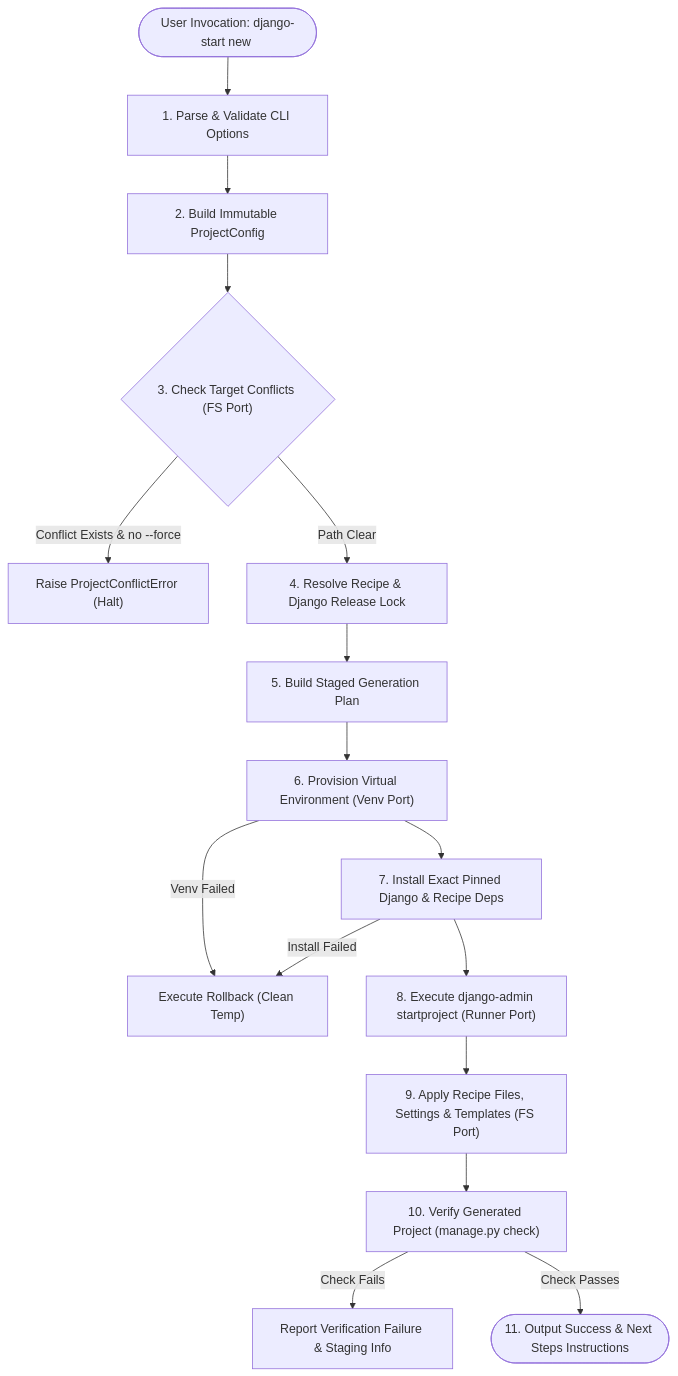
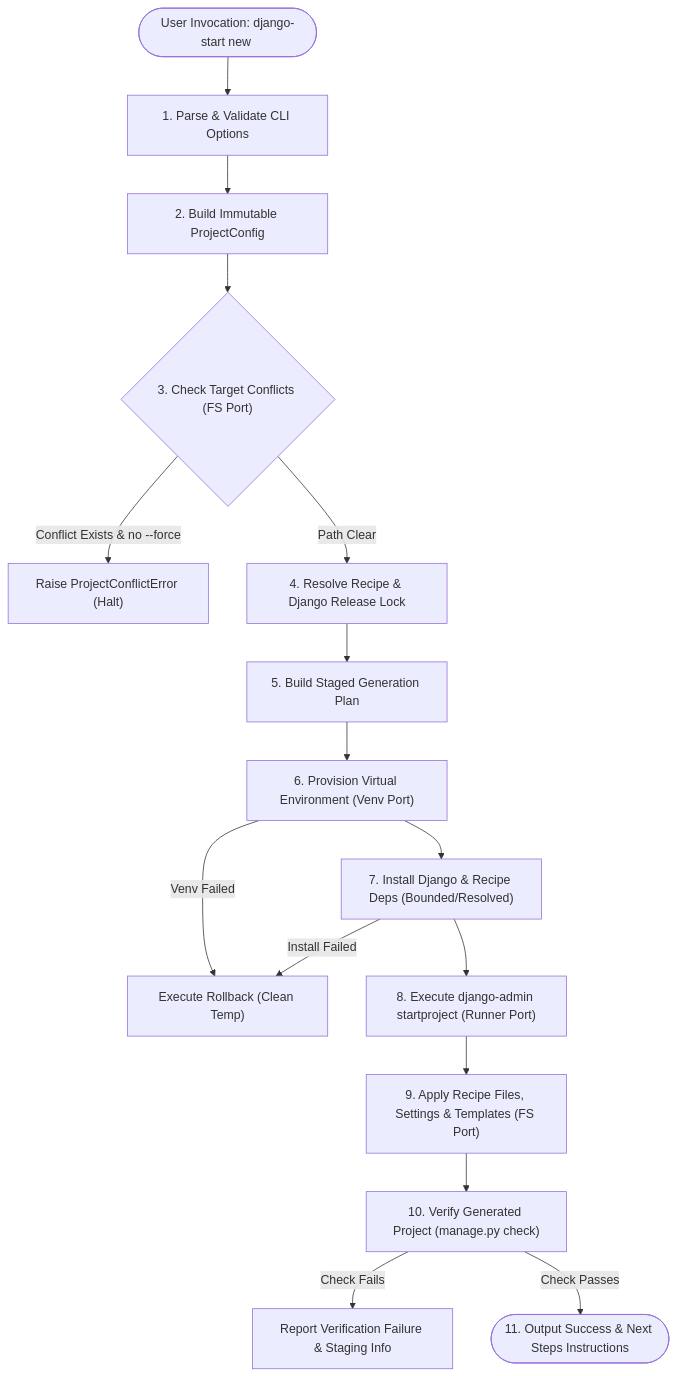
One commit to islam-kamel/django-start changed the second of 3 diagrams in docs/modernization/target-architecture.md. Above: the diagram before and after it, drawn with Mermaid. The commit also changed other lines of this file and 4 other files, not shown here.

````diff
--- a/docs/modernization/target-architecture.md
+++ b/docs/modernization/target-architecture.md
@@ -121,24 +122,24 @@
 ```mermaid
 flowchart TD
     START(["User Invocation: django-start new <project>"]) --> PARSE["1. Parse & Validate CLI Options"]
     PARSE --> CONFIG_GEN["2. Build Immutable ProjectConfig"]
     CONFIG_GEN --> CONFLICT_CHK{"3. Check Target Conflicts (FS Port)"}
 
     CONFLICT_CHK -->|"Conflict Exists & no --force"| ERR_CONFLICT["Raise ProjectConflictError (Halt)"]
     CONFLICT_CHK -->|"Path Clear"| RESOLVE_RECIPE["4. Resolve Recipe & Django Release Lock"]
 
     RESOLVE_RECIPE --> PLAN["5. Build Staged Generation Plan"]
     PLAN --> CREATE_VENV["6. Provision Virtual Environment (Venv Port)"]
 
     CREATE_VENV -->|"Venv Failed"| ROLLBACK["Execute Rollback (Clean Temp)"]
-    CREATE_VENV --> INSTALL_DEPS["7. Install Exact Pinned Django & Recipe Deps"]
+    CREATE_VENV --> INSTALL_DEPS["7. Install Django & Recipe Deps (Bounded/Resolved)"]
 
     INSTALL_DEPS -->|"Install Failed"| ROLLBACK
     INSTALL_DEPS --> SCAFFOLD_BASE["8. Execute django-admin startproject (Runner Port)"]
 
     SCAFFOLD_BASE --> APPLY_RECIPE["9. Apply Recipe Files, Settings & Templates (FS Port)"]
     APPLY_RECIPE --> VERIFY["10. Verify Generated Project (manage.py check)"]
 
     VERIFY -->|"Check Fails"| REPORT_FAIL["Report Verification Failure & Staging Info"]
     VERIFY -->|"Check Passes"| SUCCESS(["11. Output Success & Next Steps Instructions"])
 ```
````
